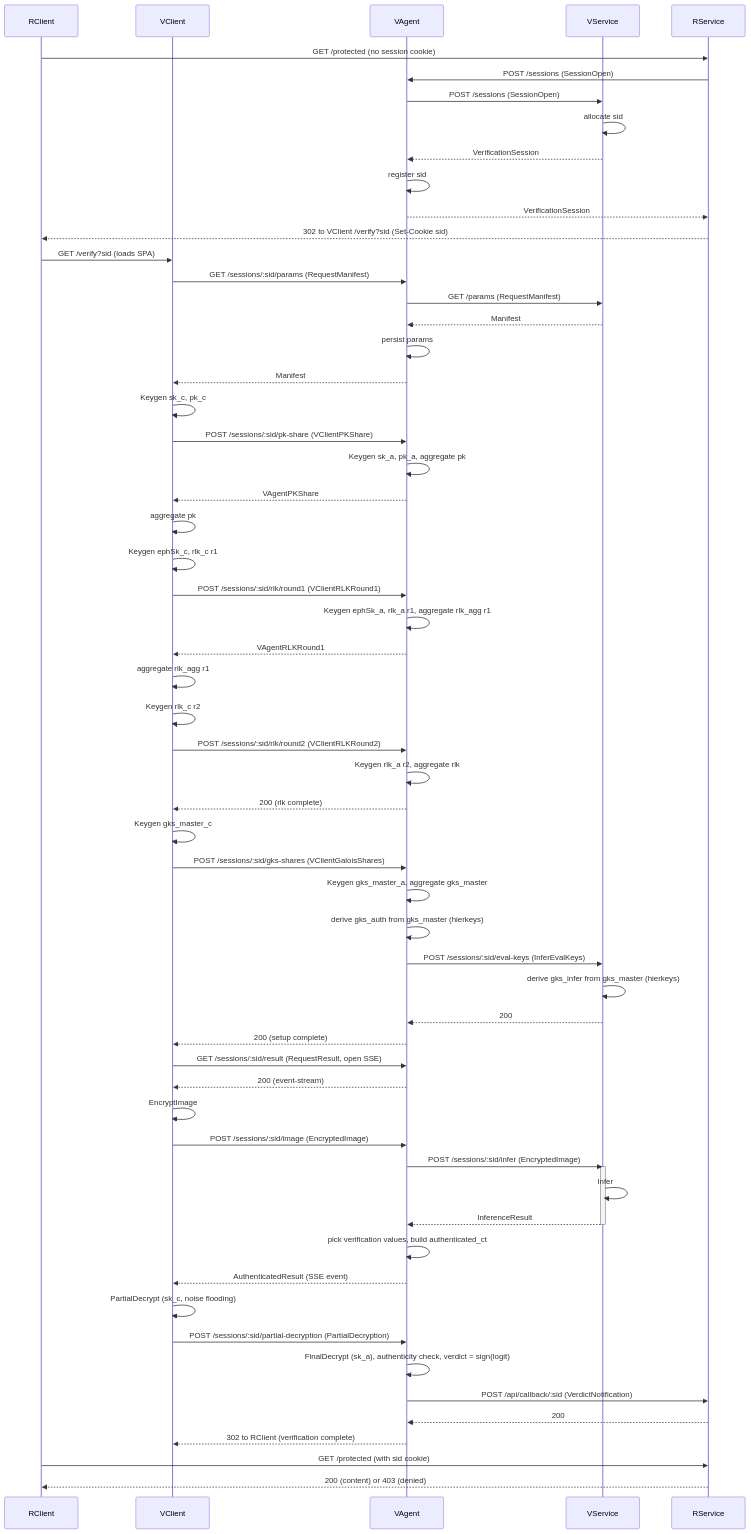
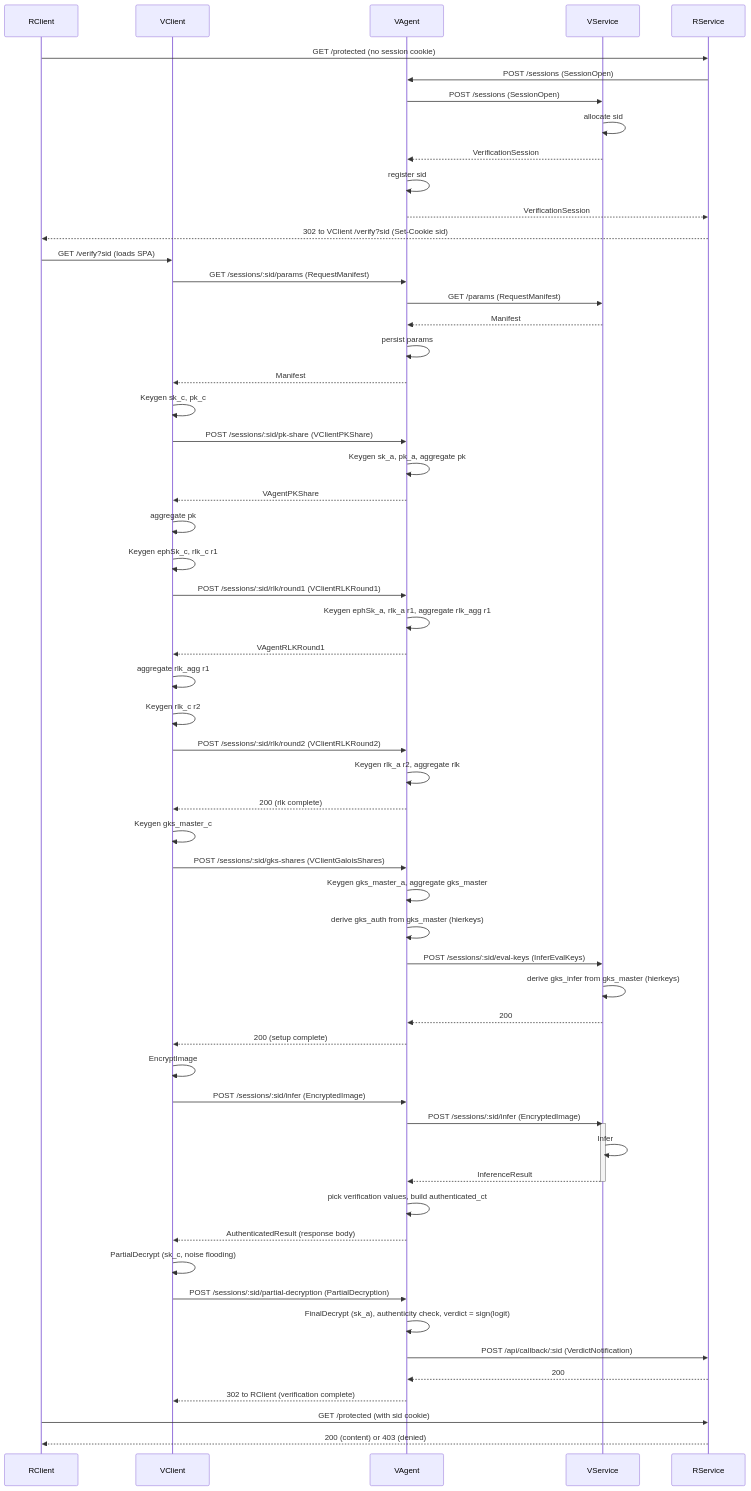
One commit to butvinm/ppiav changed the second of 2 diagrams in docs/DESIGN.md. Above: the diagram before and after it, drawn with Mermaid. The commit also changed other lines of this file and 7 other files, not shown here.

First line of the commit message:
Simplify protocol: fold /image + SSE /result into blocking /infer

```diff
--- a/docs/DESIGN.md
+++ b/docs/DESIGN.md
@@ -127,13 +127,9 @@
     VS-->>VA: 200
     VA-->>VC: 200 (setup complete)
 
-    %% Stage 2e — SSE channel for the eventual authenticated result
-    VC->>VA: GET /sessions/:sid/result (RequestResult, open SSE)
-    VA-->>VC: 200 (event-stream)
-
-    %% Stage 3 — image submission and inference
+    %% Stage 3 — image submission and inference (single blocking RPC)
     VC->>VC: EncryptImage
-    VC->>VA: POST /sessions/:sid/image (EncryptedImage)
+    VC->>VA: POST /sessions/:sid/infer (EncryptedImage)
     VA->>VS: POST /sessions/:sid/infer (EncryptedImage)
     activate VS
     VS->>VS: Infer
@@ -142,7 +138,7 @@
 
     %% Stage 4a — MPD-Auth joint decryption
     VA->>VA: pick verification values, build authenticated_ct
-    VA-->>VC: AuthenticatedResult (SSE event)
+    VA-->>VC: AuthenticatedResult (response body)
     VC->>VC: PartialDecrypt (sk_c, noise flooding)
     VC->>VA: POST /sessions/:sid/partial-decryption (PartialDecryption)
     VA->>VA: FinalDecrypt (sk_a), authenticity check, verdict = sign(logit)
```
